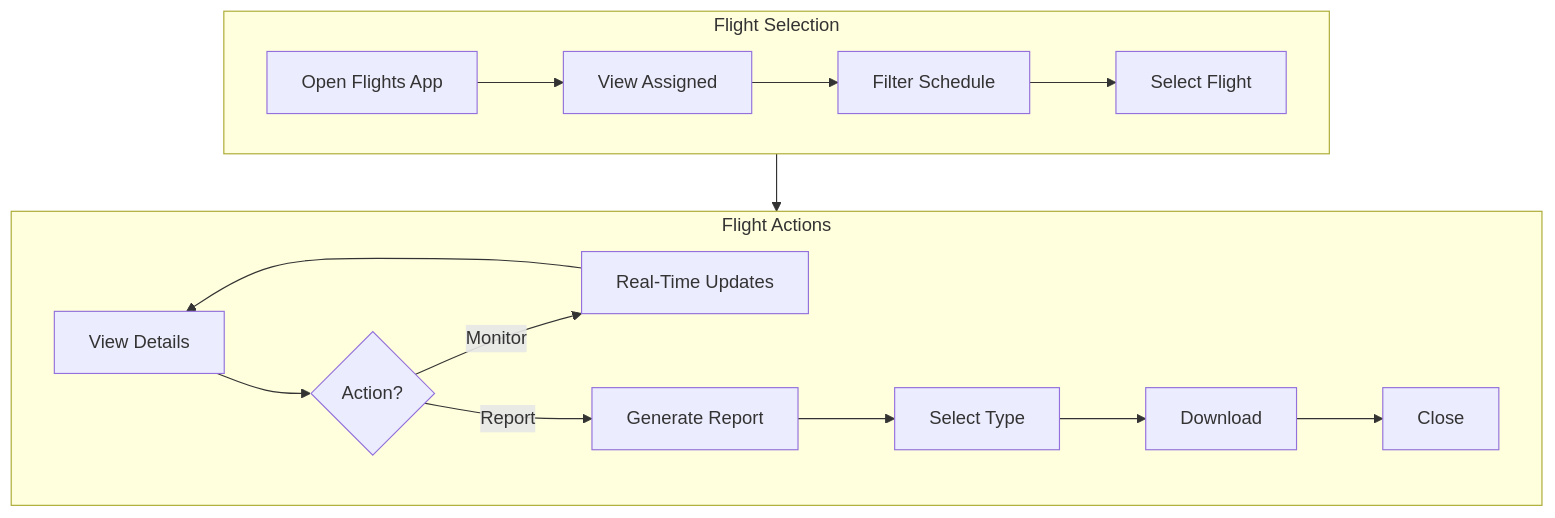
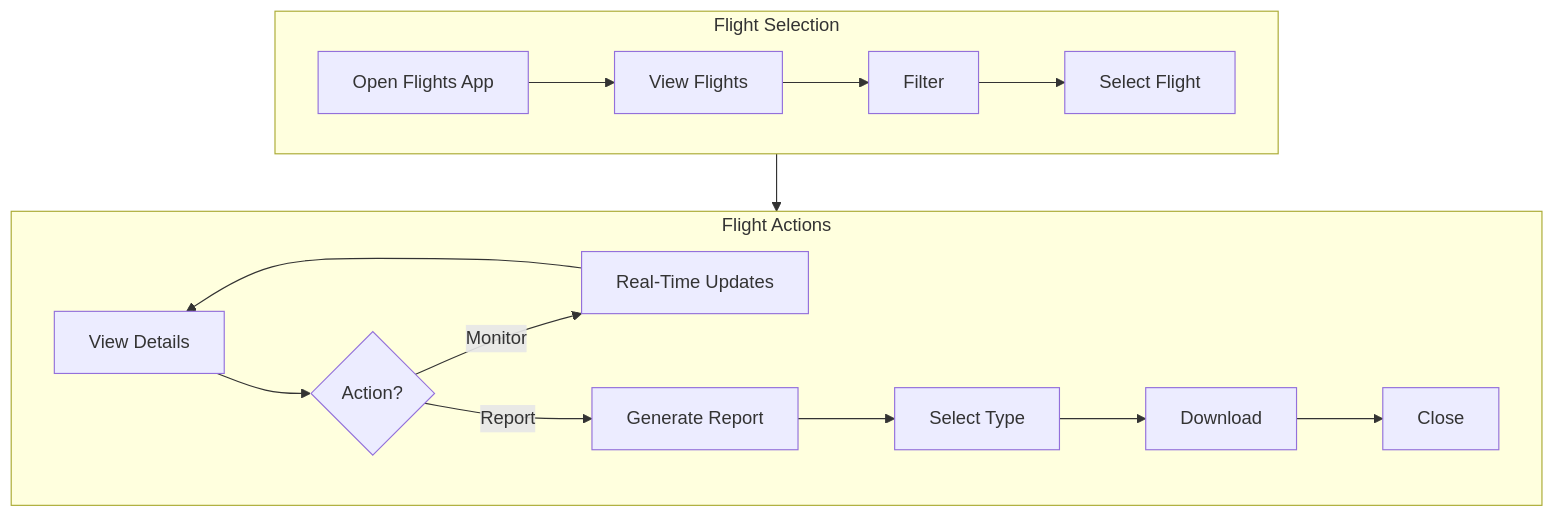
The ninth of 10 diagrams in docs/SEN3781_Assignment4_Information_Architecture_Report.md (RoundRobinHood/cogniflight-cloud), drawn with Mermaid before and after one commit.

````diff
--- a/docs/SEN3781_Assignment4_Information_Architecture_Report.md
+++ b/docs/SEN3781_Assignment4_Information_Architecture_Report.md
@@ -451,15 +451,15 @@
 ```mermaid
 flowchart TB
     subgraph s1["Flight Selection"]
         direction LR
-        A[Open Flights App] --> B[View Assigned] --> C[Filter Schedule] --> D[Select Flight]
+        A[Open Flights App] --> B[View Flights] --> C[Filter] --> D[Select Flight]
     end
     subgraph s2["Flight Actions"]
         direction LR
         E[View Details] --> F{Action?}
         F -->|Monitor| G[Real-Time Updates]
         G --> E
         F -->|Report| H[Generate Report] --> I[Select Type] --> J[Download] --> K[Close]
     end
     D --> E
 ```
````
